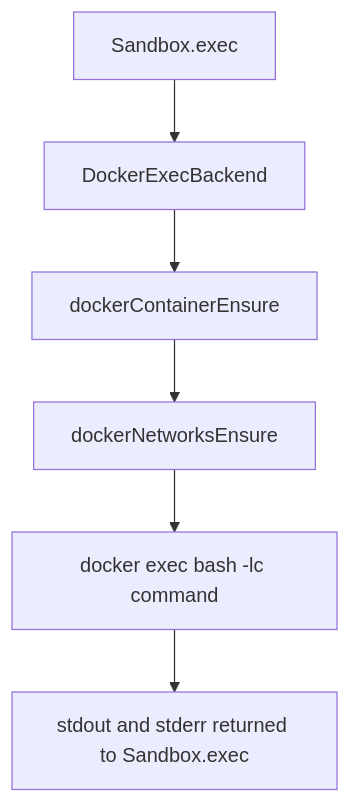
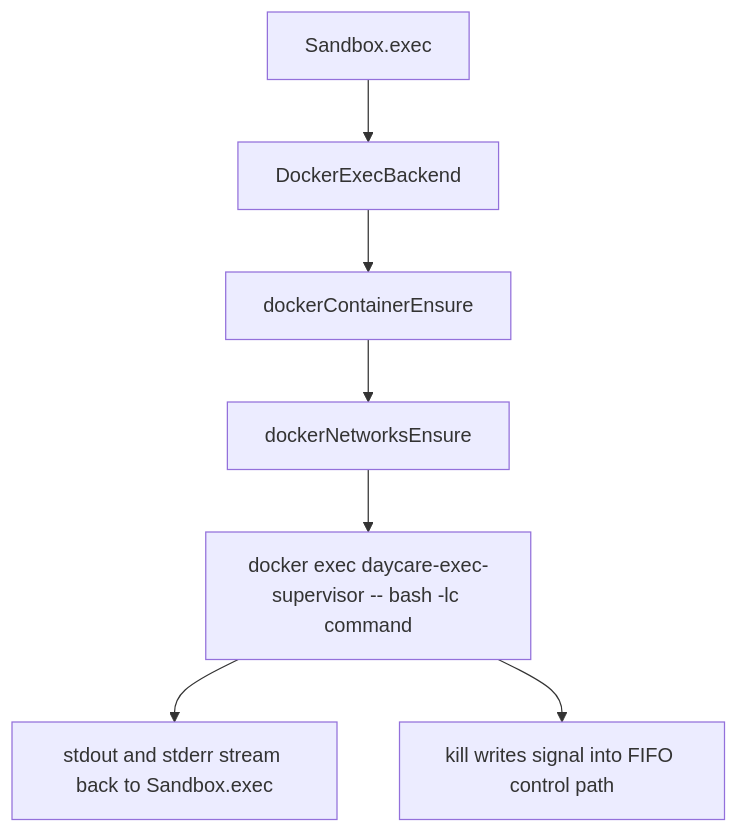
Before and after one commit to ex3ndr/daycare: the diagram in packages/daycare/sources/sandbox/docker/README.md, drawn with Mermaid. The commit also changed other lines of this file and 29 other files, not shown here.

Commit message:
feat(sandbox): stream exec and kill process trees

````diff
--- a/packages/daycare/sources/sandbox/docker/README.md
+++ b/packages/daycare/sources/sandbox/docker/README.md
@@ -51,8 +54,9 @@
 ```mermaid
 flowchart TD
     A[Sandbox.exec] --> B[DockerExecBackend]
     B --> C[dockerContainerEnsure]
     C --> D[dockerNetworksEnsure]
-    D --> E[docker exec bash -lc command]
-    E --> F[stdout and stderr returned to Sandbox.exec]
+    D --> E[docker exec daycare-exec-supervisor -- bash -lc command]
+    E --> F[stdout and stderr stream back to Sandbox.exec]
+    E --> G[kill writes signal into FIFO control path]
 ```
````
